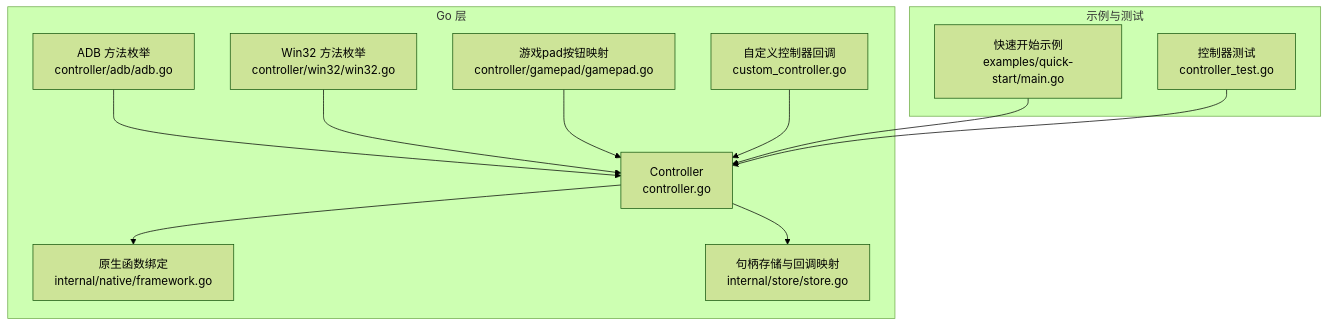
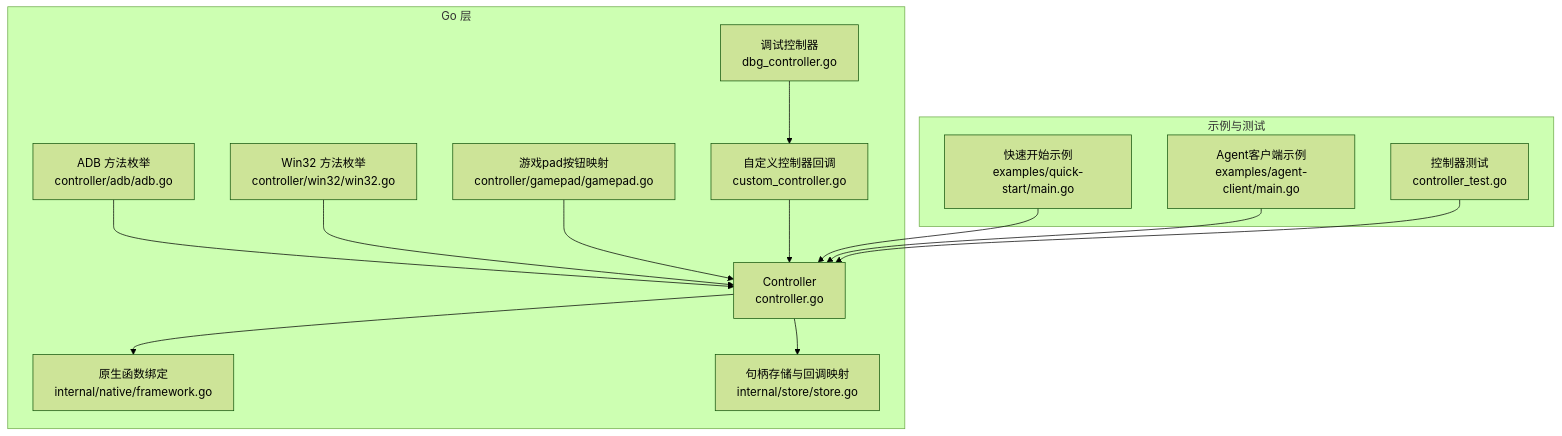
Before and after one commit to kqcoxn/MaaPipelineEditor: the first of 3 diagrams in instructions/maafw-golang-binding/核心概念/控制器 (Controller)/控制器 (Controller).md, drawn with Mermaid (forest theme). The commit also changed other lines of this file and 10 other files, not shown here.

````diff
--- a/instructions/maafw-golang-binding/核心概念/控制器 (Controller)/控制器 (Controller).md
+++ b/instructions/maafw-golang-binding/核心概念/控制器 (Controller)/控制器 (Controller).md
@@ -47,24 +51,28 @@
 ```mermaid
 graph TB
 subgraph "Go 层"
 C["Controller<br/>controller.go"]
 ADB["ADB 方法枚举<br/>controller/adb/adb.go"]
 WIN["Win32 方法枚举<br/>controller/win32/win32.go"]
 GAMEPAD["游戏pad按钮映射<br/>controller/gamepad/gamepad.go"]
 CC["自定义控制器回调<br/>custom_controller.go"]
+DBG["调试控制器<br/>dbg_controller.go"]
 NATIVE["原生函数绑定<br/>internal/native/framework.go"]
 STORE["句柄存储与回调映射<br/>internal/store/store.go"]
 end
 subgraph "示例与测试"
-EX["快速开始示例<br/>examples/quick-start/main.go"]
+EX1["快速开始示例<br/>examples/quick-start/main.go"]
+EX2["Agent客户端示例<br/>examples/agent-client/main.go"]
 TEST["控制器测试<br/>controller_test.go"]
 end
 C --> NATIVE
 C --> STORE
 ADB --> C
 WIN --> C
 GAMEPAD --> C
 CC --> C
-EX --> C
+DBG --> CC
+EX1 --> C
+EX2 --> C
 TEST --> C
 ```
````
